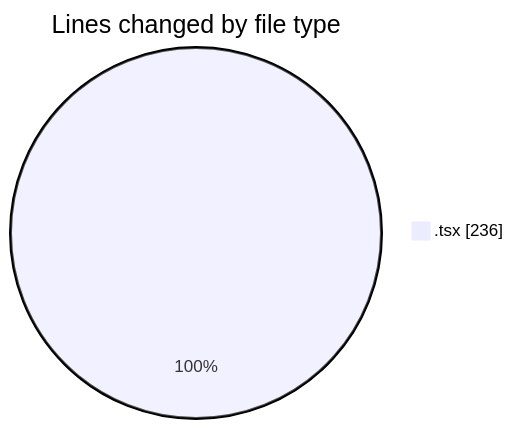
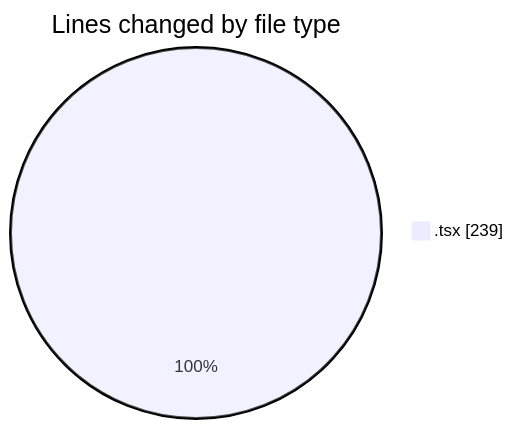
Before and after one commit to nxtqubesakshisongat/code-tracking: the first of 2 diagrams in 2026-06-30/nxtqube_webapp/README.md, drawn with Mermaid. The commit also changed other lines of this file and 1 other file, not shown here.

````diff
--- a/2026-06-30/nxtqube_webapp/README.md
+++ b/2026-06-30/nxtqube_webapp/README.md
@@ -20,5 +20,5 @@
 ```mermaid
 pie showData
 title Lines changed by file type
-".tsx" : 236
+".tsx" : 239
 ```
````
